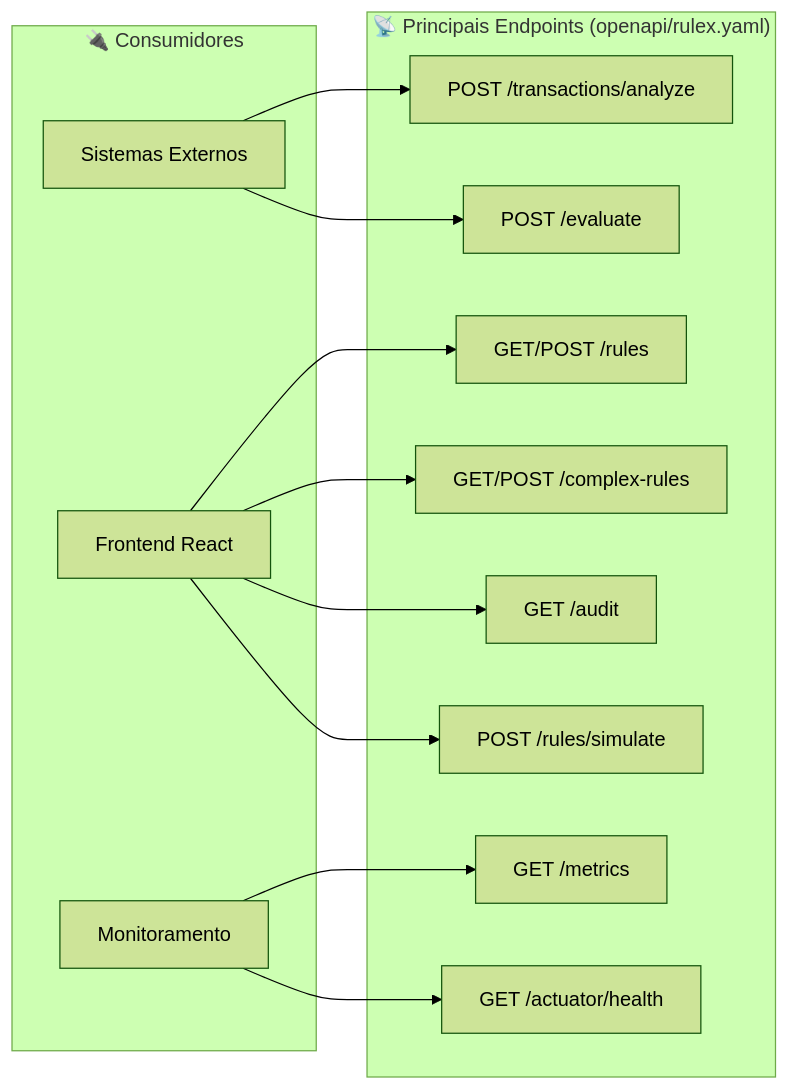
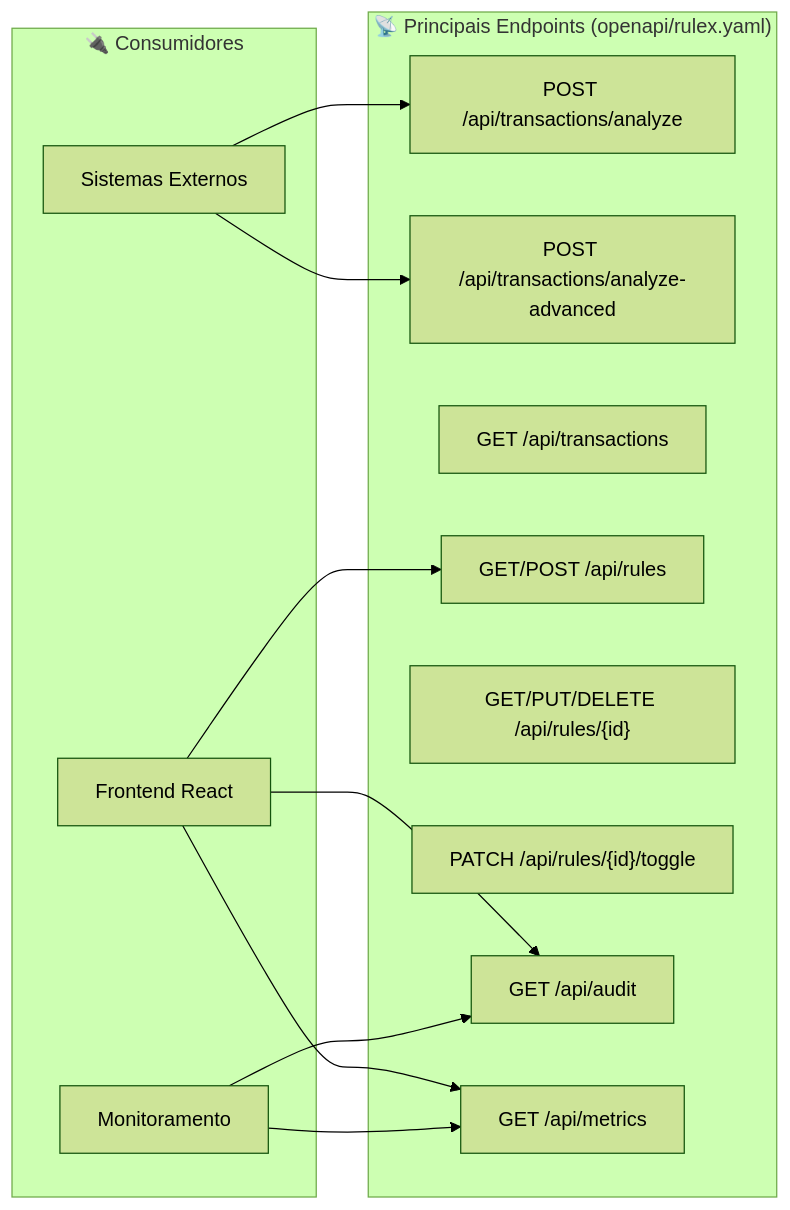
Before and after one commit to FELIPEACASTRO/RULEX: diagram 26 of 44 in docs/DIAGRAMAS.md, drawn with Mermaid (forest theme). The commit also changed other lines of this file and 7 other files, not shown here.

Commit message:
docs(diagramas): normalize /api endpoints and de-hallucinate flows

````diff
--- a/docs/DIAGRAMAS.md
+++ b/docs/DIAGRAMAS.md
@@ -2707,28 +2775,27 @@
 ```mermaid
 flowchart LR
-    subgraph Endpoints["📡 Principais Endpoints (openapi/rulex.yaml)"]
-        E1["POST /transactions/analyze"]
-        E2["POST /evaluate"]
-        E3["GET/POST /rules"]
-        E4["GET/POST /complex-rules"]
-        E5["GET /audit"]
-        E6["POST /rules/simulate"]
-        E7["GET /metrics"]
-        E8["GET /actuator/health"]
+  subgraph Endpoints["📡 Principais Endpoints (openapi/rulex.yaml)"]
+    E1["POST /api/transactions/analyze"]
+    E2["POST /api/transactions/analyze-advanced"]
+    E3["GET /api/transactions"]
+    E4["GET/POST /api/rules"]
+    E5["GET/PUT/DELETE /api/rules/{id}"]
+    E6["PATCH /api/rules/{id}/toggle"]
+    E7["GET /api/audit"]
+    E8["GET /api/metrics"]
     end
     
     subgraph Consumers["🔌 Consumidores"]
         C1["Frontend React"]
         C2["Sistemas Externos"]
         C3["Monitoramento"]
     end
     
-    C1 --> E3
     C1 --> E4
-    C1 --> E5
-    C1 --> E6
+    C1 --> E7
+    C1 --> E8
     C2 --> E1
     C2 --> E2
     C3 --> E7
     C3 --> E8
 ```
````
